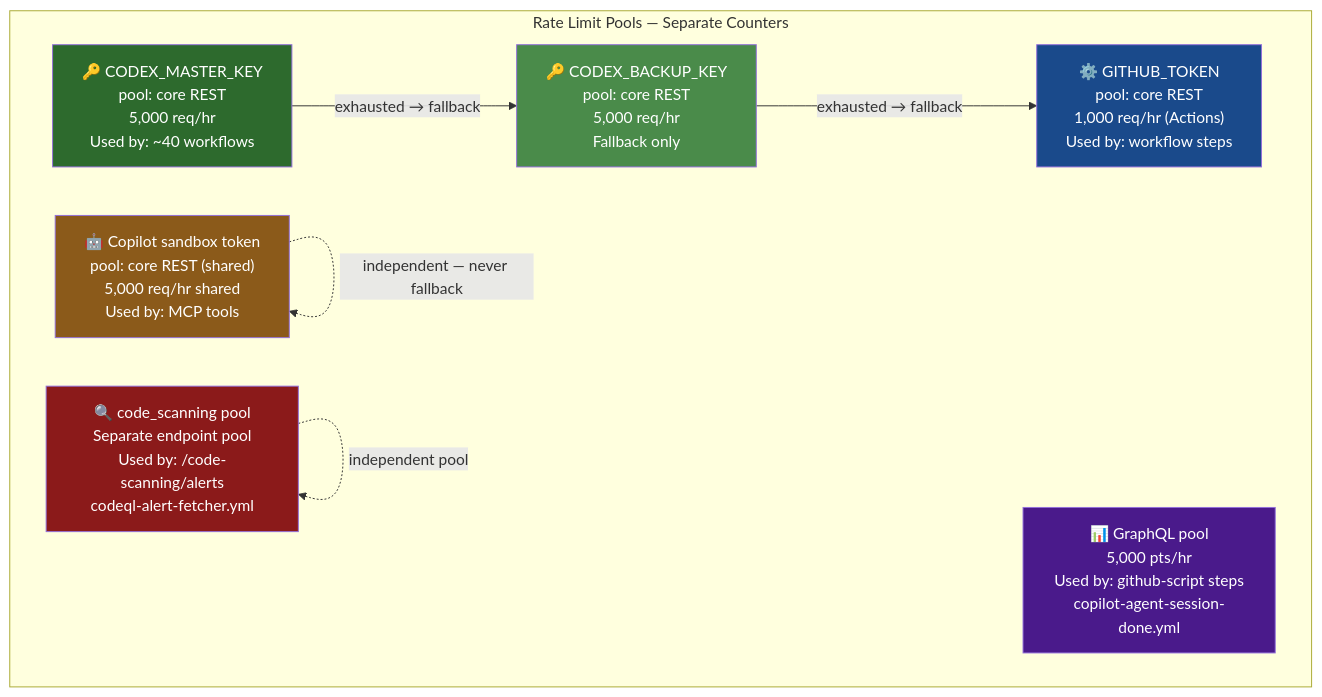
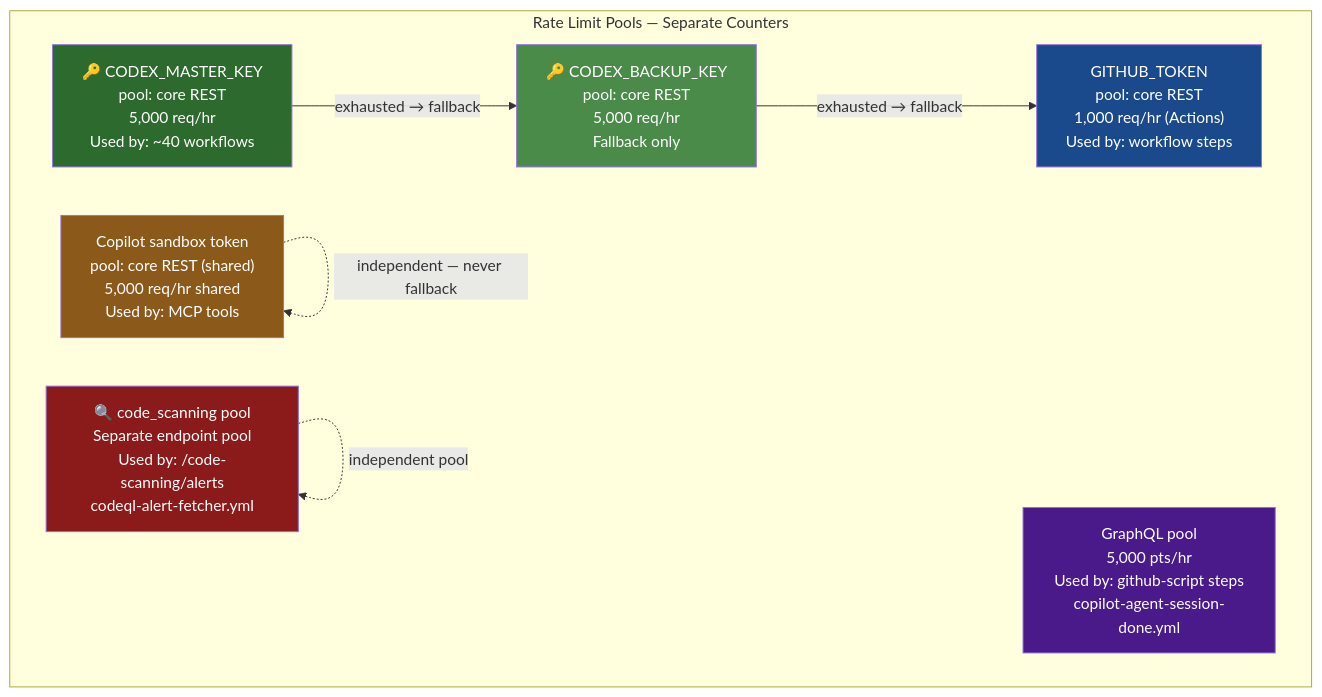
Before and after one commit to Aries-Serpent/_codex_: diagram 18 of 19 in docs/reference/ELEVATED_PRIVILEGES_TOKEN_REVIEW.md, drawn with Mermaid. The commit also changed other lines of this file and 2029 other files, not shown here.

````diff
--- a/docs/reference/ELEVATED_PRIVILEGES_TOKEN_REVIEW.md
+++ b/docs/reference/ELEVATED_PRIVILEGES_TOKEN_REVIEW.md
@@ -2190,24 +2192,24 @@
 ```mermaid
 %%{init: {'accessibility': {'title': 'Diagram showing "🔑 CODEX_MASTER_KEY\npool: core REST\n5,000 req/hr\nUsed by: ~40 workflows", "🔑 CODEX_BACKUP_KEY\npool: core REST\n5,000 req/hr\nFallback only"'}}%%
 graph TB
     subgraph "Rate Limit Pools — Separate Counters"
         P1["🔑 CODEX_MASTER_KEY\npool: core REST\n5,000 req/hr\nUsed by: ~40 workflows"]
         P2["🔑 CODEX_BACKUP_KEY\npool: core REST\n5,000 req/hr\nFallback only"]
-        P3["🤖 Copilot sandbox token\npool: core REST (shared)\n5,000 req/hr shared\nUsed by: MCP tools"]
-        P4["⚙️ GITHUB_TOKEN\npool: core REST\n1,000 req/hr (Actions)\nUsed by: workflow steps"]
+        P3[" Copilot sandbox token\npool: core REST (shared)\n5,000 req/hr shared\nUsed by: MCP tools"]
+        P4[" GITHUB_TOKEN\npool: core REST\n1,000 req/hr (Actions)\nUsed by: workflow steps"]
         P5["🔍 code_scanning pool\nSeparate endpoint pool\nUsed by: /code-scanning/alerts\ncodeql-alert-fetcher.yml"]
-        P6["📊 GraphQL pool\n5,000 pts/hr\nUsed by: github-script steps\ncopilot-agent-session-done.yml"]
+        P6[" GraphQL pool\n5,000 pts/hr\nUsed by: github-script steps\ncopilot-agent-session-done.yml"]
     end
 
     P1 -->|"exhausted → fallback"| P2
     P2 -->|"exhausted → fallback"| P4
     P3 -.->|"independent — never fallback"| P3
     P5 -.->|"independent pool"| P5
 
     style P1 fill:#2d6a2d,color:#fff
     style P2 fill:#4a8b4a,color:#fff
     style P3 fill:#8b5a1a,color:#fff
     style P4 fill:#1a4a8b,color:#fff
     style P5 fill:#8b1a1a,color:#fff
     style P6 fill:#4a1a8b,color:#fff
 ```
````
